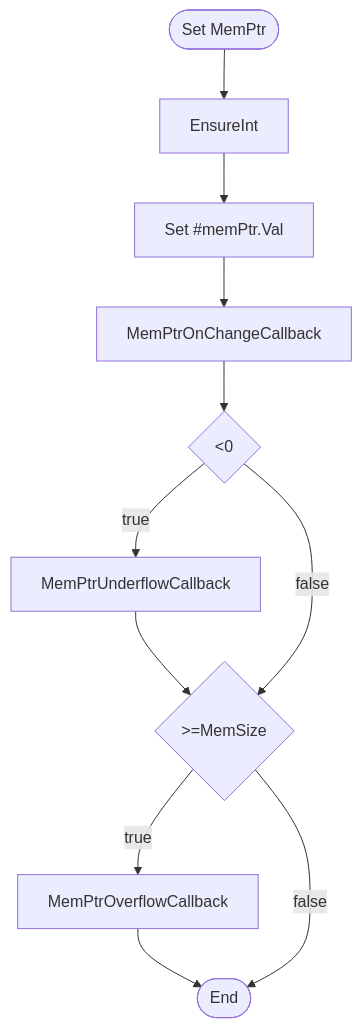
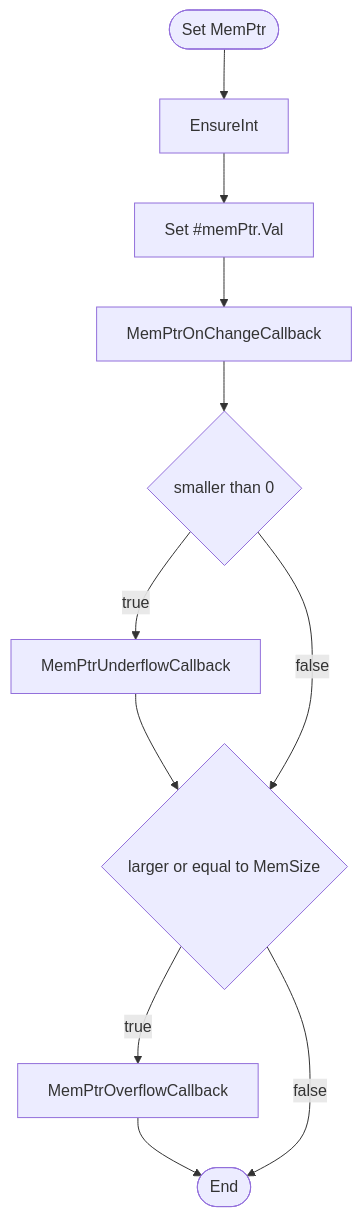
One commit to BCS21090011/BrainFucker changed the fourth of 25 diagrams in src/Classes_Info/BrainfuckExecuter.md. Above: the diagram before and after it, drawn with Mermaid. The commit also changed other lines of this file, not shown here.

Commit message:
Redo Set BFCode chart.

````diff
--- a/src/Classes_Info/BrainfuckExecuter.md
+++ b/src/Classes_Info/BrainfuckExecuter.md
@@ -144,27 +155,27 @@
     ```mermaid
     flowchart
 
     Start([Set MemPtr])
     -->
     EnsureInt
     -->
     SetmemPtr[Set #memPtr.Val]
     -->
     MemPtrOnChangeCallback
     -->
-    SmallerCheck{<0}
+    SmallerCheck{smaller than 0}
     --true-->
     MemPtrUnderflowCallback
     -->
     LargerCheck
     SmallerCheck
     --false--> 
-    LargerCheck{>=MemSize}
+    LargerCheck{larger or equal to MemSize}
     --true-->
     MemPtrOverflowCallback
     -->
     End([End])
     LargerCheck
     --false-->
     End
     ```
````
